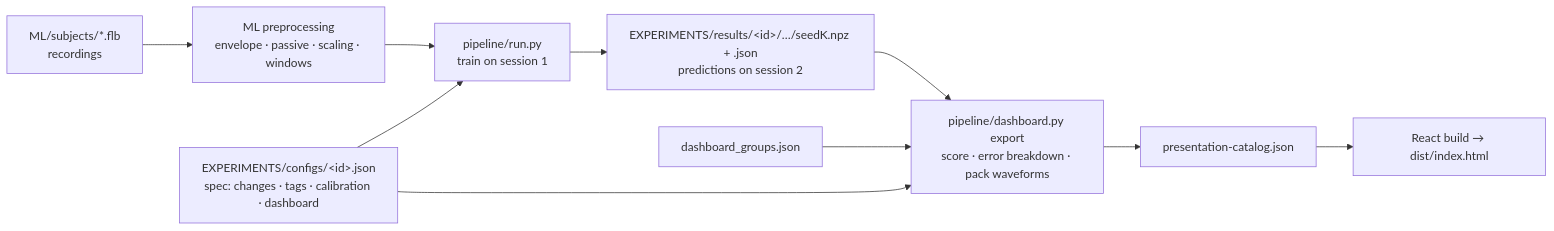
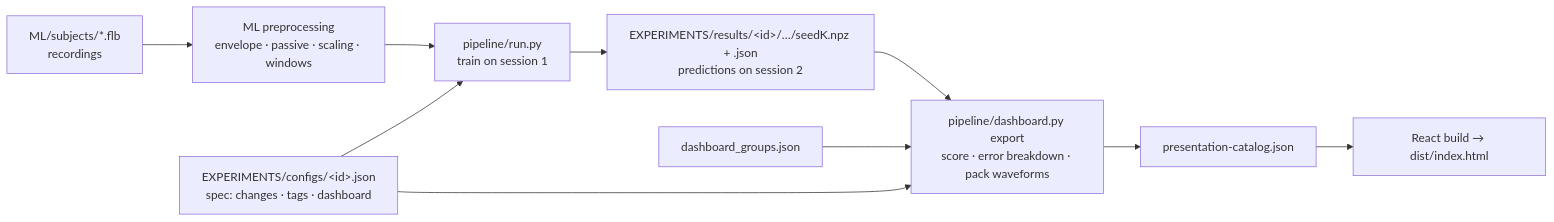
One commit to KrasiKirov/EMG_TQ_Modelling changed the diagram in README.md. Above: the diagram before and after it, drawn with Mermaid. The commit also changed other lines of this file and 103 other files, not shown here.

````diff
--- a/README.md
+++ b/README.md
@@ -72,12 +72,12 @@
 ```mermaid
 flowchart LR
   A[ML/subjects/*.flb<br/>recordings] --> B[ML preprocessing<br/>envelope · passive · scaling · windows]
-  S[EXPERIMENTS/configs/&lt;id&gt;.json<br/>spec: changes · tags · calibration · dashboard] --> R
+  S[EXPERIMENTS/configs/&lt;id&gt;.json<br/>spec: changes · tags · dashboard] --> R
   B --> R[pipeline/run.py<br/>train on session 1]
   R --> P[EXPERIMENTS/results/&lt;id&gt;/…/seedK.npz + .json<br/>predictions on session 2]
   P --> E[pipeline/dashboard.py export<br/>score · error breakdown · pack waveforms]
   S --> E
   G[dashboard_groups.json] --> E
   E --> C[presentation-catalog.json]
   C --> D[React build → dist/index.html]
 ```
````
